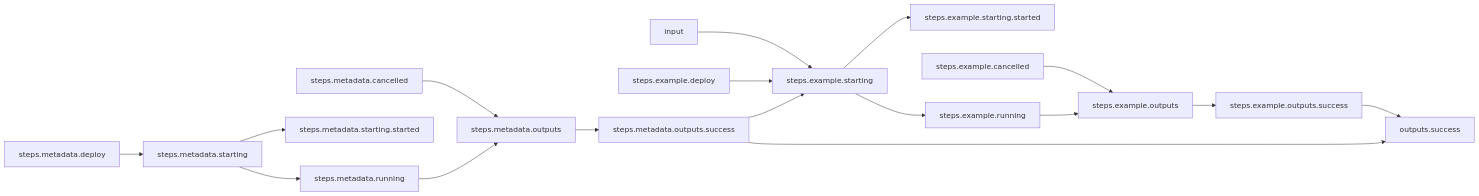
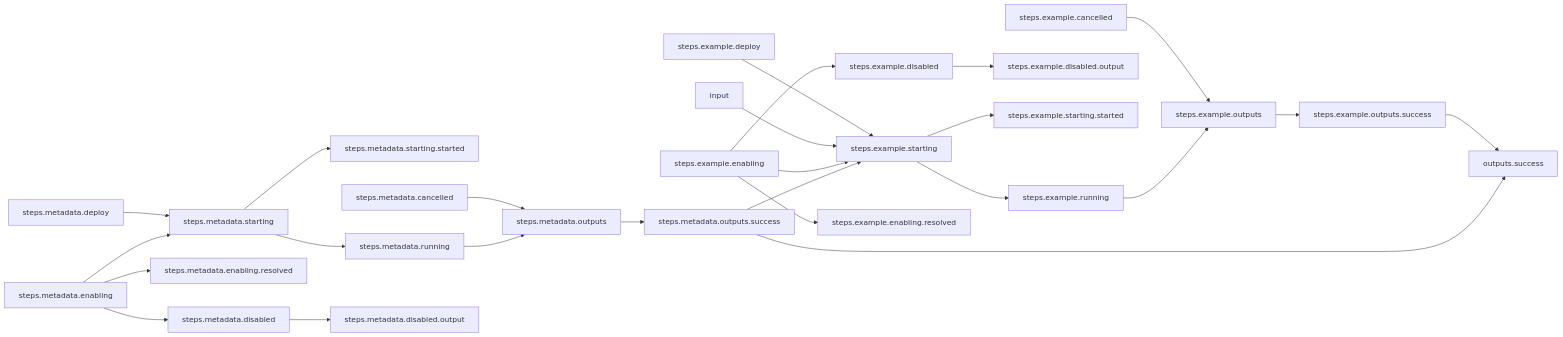
The diagram in basic-examples/serial-wait_for/README.md (arcalot/arcaflow-workflows), drawn with Mermaid before and after one commit. The commit also changed other lines of this file and 8 other files, not shown here.

````diff
--- a/basic-examples/serial-wait_for/README.md
+++ b/basic-examples/serial-wait_for/README.md
@@ -31,21 +31,29 @@
 ```mermaid
 %% Mermaid markdown workflow
 flowchart LR
 %% Success path
-steps.example.starting-->steps.example.starting.started
-steps.example.starting-->steps.example.running
-steps.metadata.running-->steps.metadata.outputs
-steps.example.running-->steps.example.outputs
-steps.metadata.outputs.success-->steps.example.starting
-steps.metadata.outputs.success-->outputs.success
+steps.example.deploy-->steps.example.starting
+steps.example.cancelled-->steps.example.outputs
 steps.metadata.starting-->steps.metadata.starting.started
 steps.metadata.starting-->steps.metadata.running
-steps.example.outputs-->steps.example.outputs.success
-steps.example.cancelled-->steps.example.outputs
-steps.metadata.outputs-->steps.metadata.outputs.success
-steps.example.deploy-->steps.example.starting
-steps.example.outputs.success-->outputs.success
 steps.metadata.cancelled-->steps.metadata.outputs
 input-->steps.example.starting
 steps.metadata.deploy-->steps.metadata.starting
+steps.metadata.running-->steps.metadata.outputs
+steps.metadata.enabling-->steps.metadata.enabling.resolved
+steps.metadata.enabling-->steps.metadata.starting
+steps.metadata.enabling-->steps.metadata.disabled
+steps.example.disabled-->steps.example.disabled.output
+steps.metadata.disabled-->steps.metadata.disabled.output
+steps.example.starting-->steps.example.starting.started
+steps.example.starting-->steps.example.running
+steps.example.outputs-->steps.example.outputs.success
+steps.example.running-->steps.example.outputs
+steps.metadata.outputs-->steps.metadata.outputs.success
+steps.example.enabling-->steps.example.enabling.resolved
+steps.example.enabling-->steps.example.starting
+steps.example.enabling-->steps.example.disabled
+steps.example.outputs.success-->outputs.success
+steps.metadata.outputs.success-->outputs.success
+steps.metadata.outputs.success-->steps.example.starting
 ```
````
